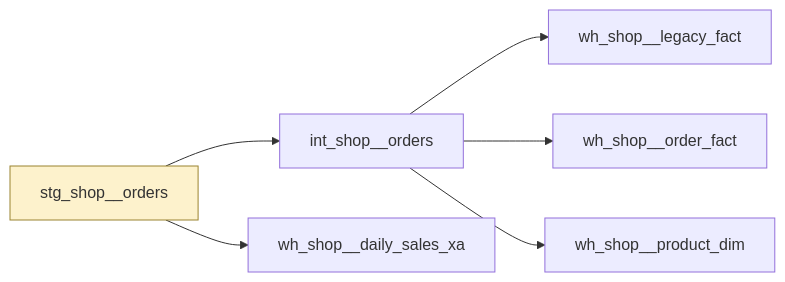
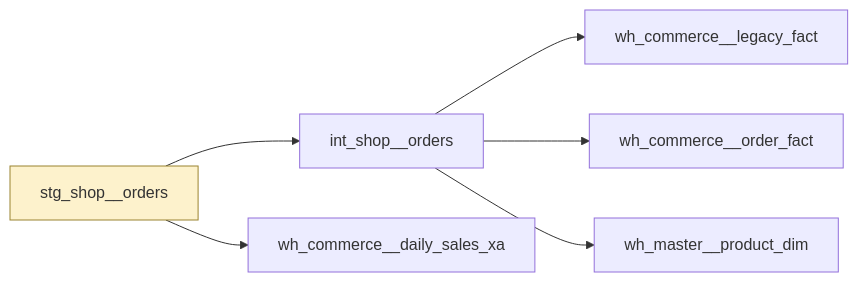
One commit to sav-sus/Hunter changed the diagram in docs/example/models/stg_shop__orders.md. Above: the diagram before and after it, drawn with Mermaid. The commit also changed other lines of this file and 130 other files, not shown here.

First line of the commit message:
Add the roadmap, verified status, layer discovery and Pages publishing

````diff
--- a/docs/example/models/stg_shop__orders.md
+++ b/docs/example/models/stg_shop__orders.md
@@ -44,15 +44,15 @@
 ```mermaid
 flowchart LR
   stg_shop__orders["stg_shop__orders"]
   style stg_shop__orders fill:#fdf2cc,stroke:#9a8330
   int_shop__orders["int_shop__orders"]
-  wh_shop__daily_sales_xa["wh_shop__daily_sales_xa"]
-  wh_shop__legacy_fact["wh_shop__legacy_fact"]
-  wh_shop__order_fact["wh_shop__order_fact"]
-  wh_shop__product_dim["wh_shop__product_dim"]
+  wh_commerce__daily_sales_xa["wh_commerce__daily_sales_xa"]
+  wh_commerce__legacy_fact["wh_commerce__legacy_fact"]
+  wh_commerce__order_fact["wh_commerce__order_fact"]
+  wh_master__product_dim["wh_master__product_dim"]
   stg_shop__orders --> int_shop__orders
-  stg_shop__orders --> wh_shop__daily_sales_xa
-  int_shop__orders --> wh_shop__legacy_fact
-  int_shop__orders --> wh_shop__order_fact
-  int_shop__orders --> wh_shop__product_dim
+  stg_shop__orders --> wh_commerce__daily_sales_xa
+  int_shop__orders --> wh_commerce__legacy_fact
+  int_shop__orders --> wh_commerce__order_fact
+  int_shop__orders --> wh_master__product_dim
 ```
````
